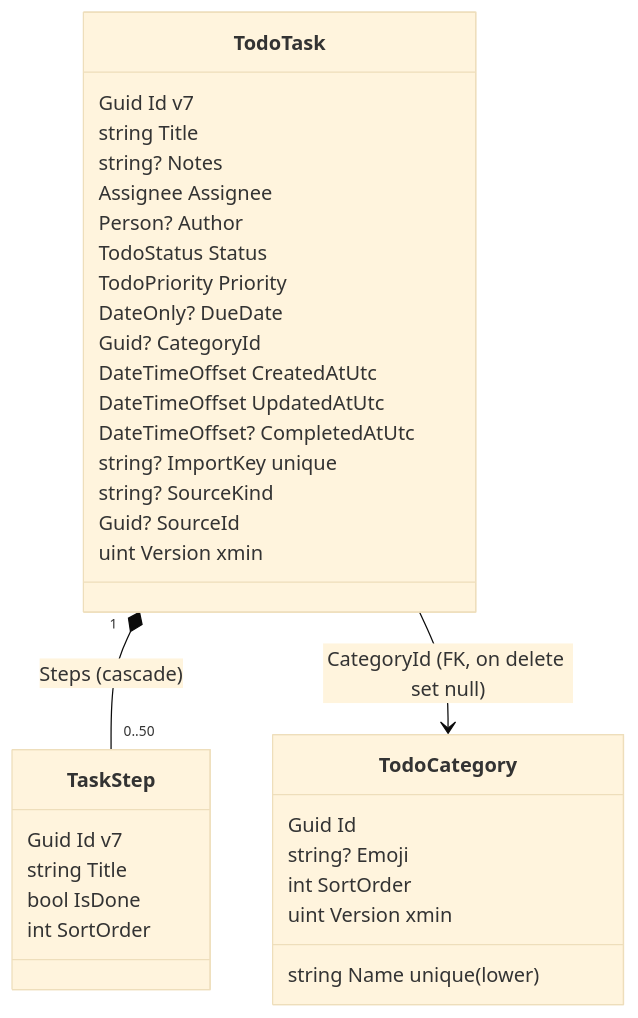
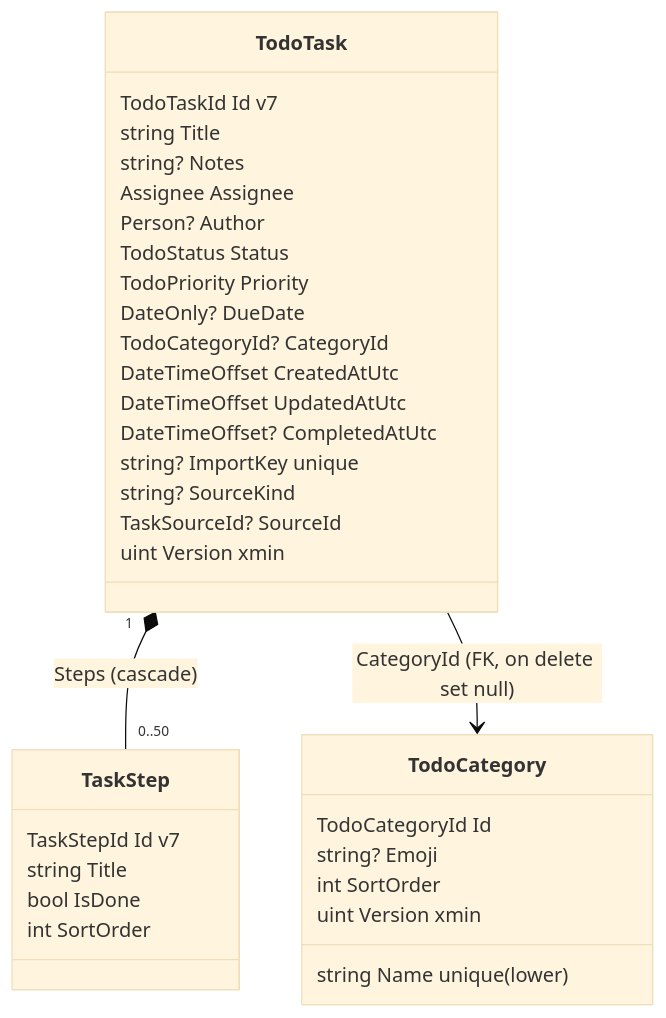
One commit to Weretik/home-app changed the diagram in api/docs/modules/todos.md. Above: the diagram before and after it, drawn with Mermaid (base theme). The commit also changed 219 other files, not shown here.

````diff
--- a/api/docs/modules/todos.md
+++ b/api/docs/modules/todos.md
@@ -12,36 +12,36 @@
 ```mermaid
 classDiagram
     class TodoTask {
-        Guid Id  v7
+        TodoTaskId Id  v7
         string Title
         string? Notes
         Assignee Assignee
         Person? Author
         TodoStatus Status
         TodoPriority Priority
         DateOnly? DueDate
-        Guid? CategoryId
+        TodoCategoryId? CategoryId
         DateTimeOffset CreatedAtUtc
         DateTimeOffset UpdatedAtUtc
         DateTimeOffset? CompletedAtUtc
         string? ImportKey  unique
         string? SourceKind
-        Guid? SourceId
+        TaskSourceId? SourceId
         uint Version  xmin
     }
     class TaskStep {
-        Guid Id  v7
+        TaskStepId Id  v7
         string Title
         bool IsDone
         int SortOrder
     }
     class TodoCategory {
-        Guid Id
+        TodoCategoryId Id
         string Name  unique (lower)
         string? Emoji
         int SortOrder
         uint Version  xmin
     }
     TodoTask "1" *-- "0..50" TaskStep : Steps (cascade)
     TodoTask --> TodoCategory : CategoryId (FK, on delete set null)
 ```
````
